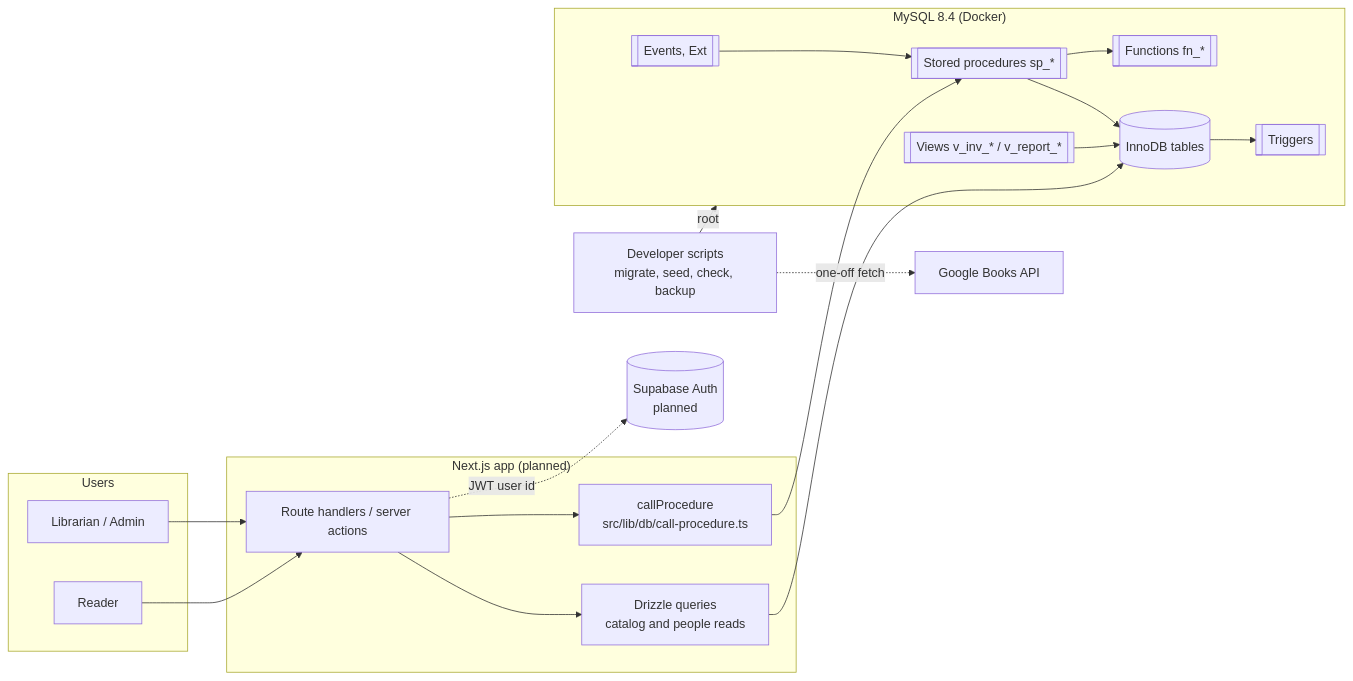
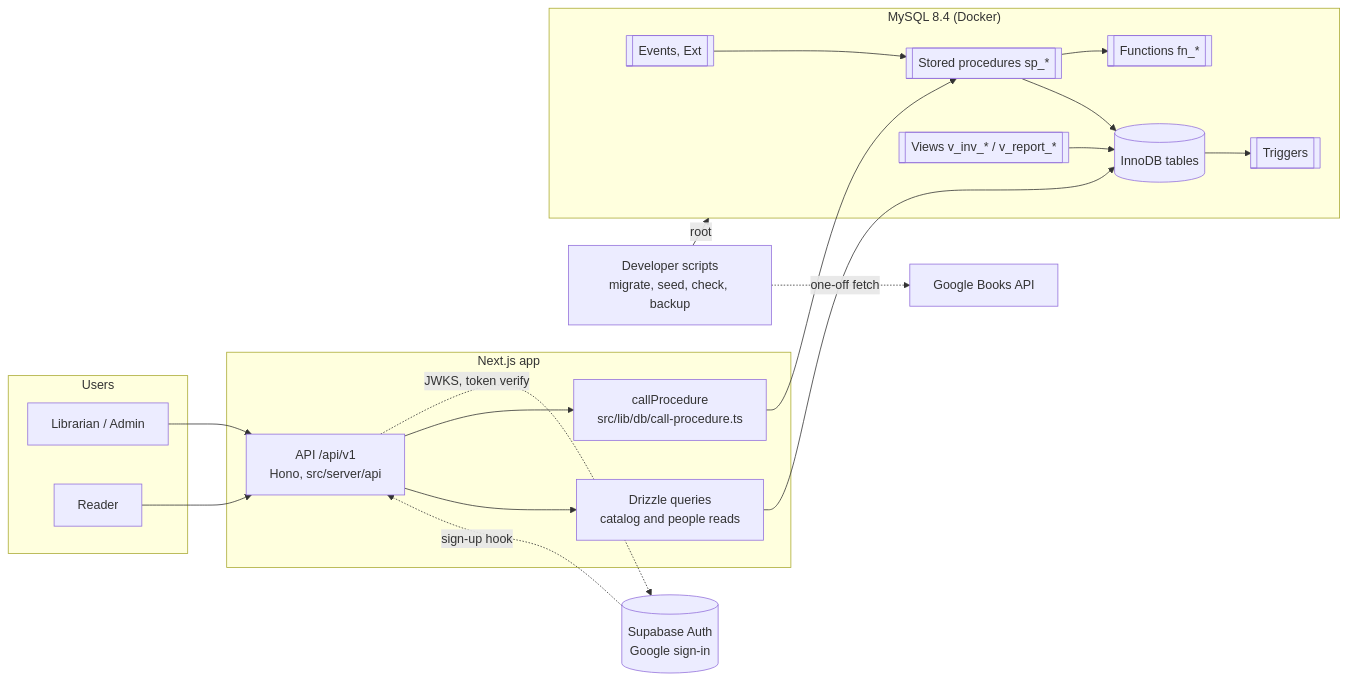
Before and after one commit to ThinhLC/uitlib: the first of 27 diagrams in ARCHITECTURE.md, drawn with Mermaid. The commit also changed other lines of this file and 129 other files, not shown here.

First line of the commit message:
feat(api): library API with Hono, Supabase auth and shared contract (spec 002)

````diff
--- a/ARCHITECTURE.md
+++ b/ARCHITECTURE.md
@@ -15,36 +15,37 @@
 ```mermaid
 flowchart LR
   subgraph Users
     L[Librarian / Admin]
     R[Reader]
   end
-  subgraph App["Next.js app (planned)"]
-    API[Route handlers / server actions]
+  subgraph App["Next.js app"]
+    API[API /api/v1<br/>Hono, src/server/api]
     CP[callProcedure<br/>src/lib/db/call-procedure.ts]
     ORM[Drizzle queries<br/>catalog and people reads]
   end
-  SB[(Supabase Auth<br/>planned)]
+  SB[(Supabase Auth<br/>Google sign-in)]
   subgraph MySQL["MySQL 8.4 (Docker)"]
     SP[[Stored procedures sp_*]]
     FN[[Functions fn_*]]
     TRG[[Triggers]]
     T[(InnoDB tables)]
     V[[Views v_inv_* / v_report_*]]
     EV[[Events, Ext]]
   end
   GB[Google Books API]
   DEV[Developer scripts<br/>migrate, seed, check, backup]
 
   L --> API
   R --> API
-  API -. JWT user id .-> SB
+  API -. JWKS, token verify .-> SB
+  SB -. sign-up hook .-> API
   API --> CP --> SP
   API --> ORM --> T
   SP --> FN
   SP --> T
   T --> TRG
   V --> T
   EV --> SP
   DEV -->|root| MySQL
   DEV -. one-off fetch .-> GB
 ```
````
